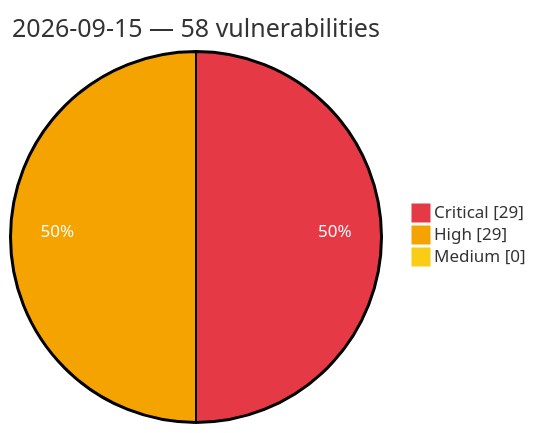
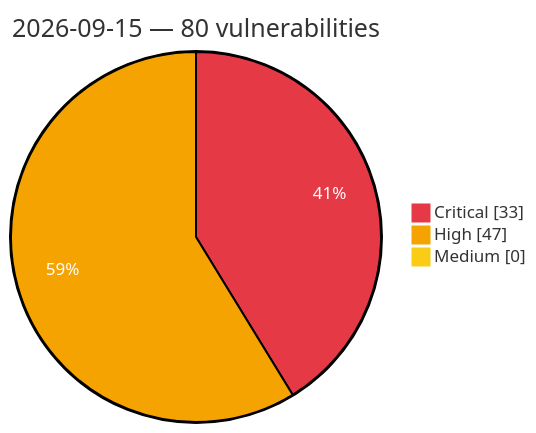
The diagram in vulnerabilities/2026/September/2026-09-15.md (GhostX0X/vuln-tracker), drawn with Mermaid before and after one commit. The commit also changed other lines of this file and 5 other files, not shown here.

Commit message:
Auto update: critical/high vulns (2026-09-15 20:21 UTC)

````diff
--- a/vulnerabilities/2026/September/2026-09-15.md
+++ b/vulnerabilities/2026/September/2026-09-15.md
@@ -3,8 +3,8 @@
 ```mermaid
 %%{init: {'theme':'base', 'themeVariables': {'pie1':'#e63946', 'pie2':'#f4a300', 'pie3':'#facc15', 'pieOpacity':'1', 'pieOuterStrokeWidth':'2px', 'pieSectionTextColor':'#ffffff'}}}%%
 pie showData
-    title 2026-09-15 — 58 vulnerabilities
-    "Critical" : 29
-    "High" : 29
+    title 2026-09-15 — 80 vulnerabilities
+    "Critical" : 33
+    "High" : 47
     "Medium" : 0
 ```
````
